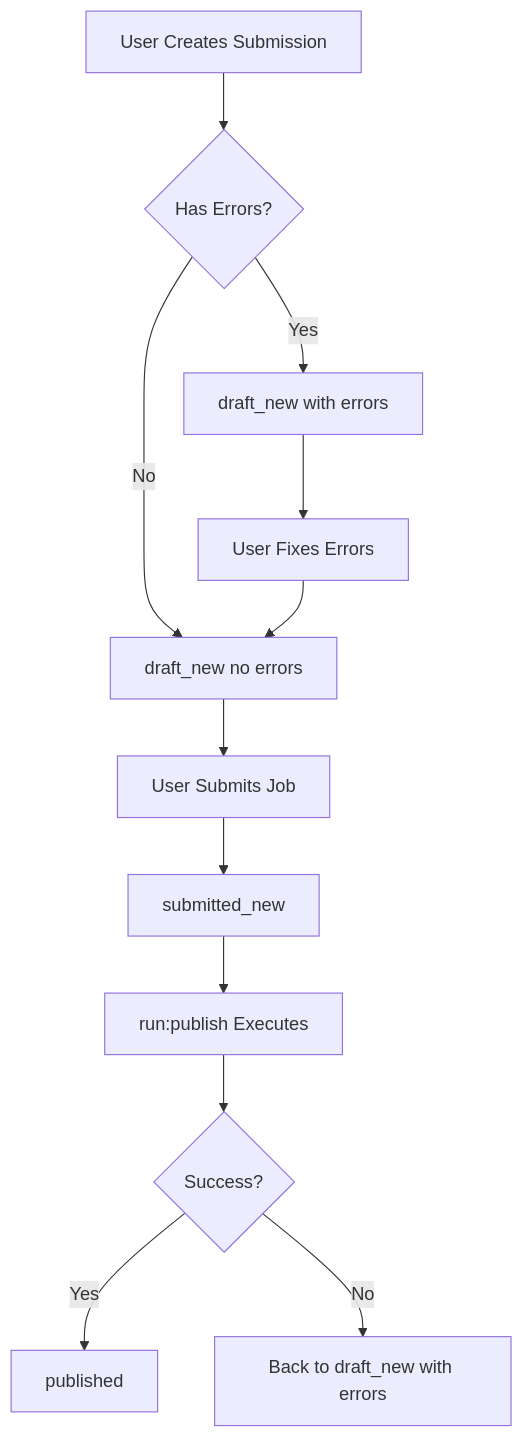
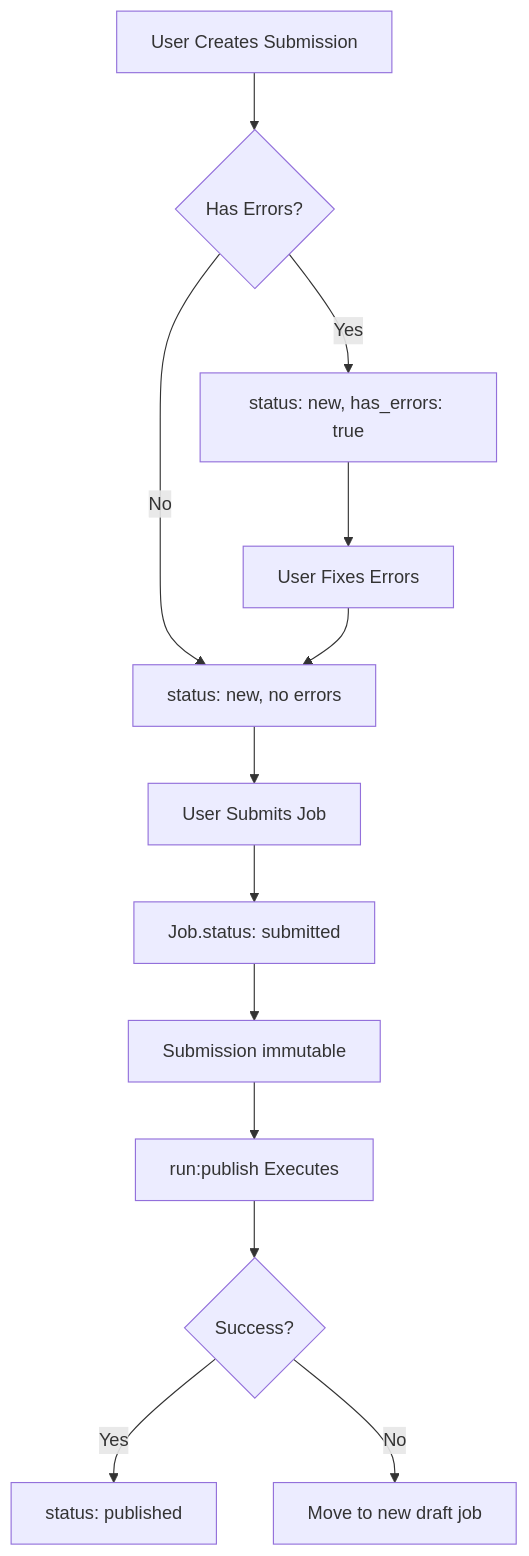
Before and after one commit to GeneCurationCoalition/gencc-sub: the eighth of 11 diagrams in docs/STATE_MODEL_DIAGRAMS.md, drawn with Mermaid. The commit also changed other lines of this file and 11 other files, not shown here.

````diff
--- a/docs/STATE_MODEL_DIAGRAMS.md
+++ b/docs/STATE_MODEL_DIAGRAMS.md
@@ -408,17 +379,18 @@
 ```mermaid
 flowchart TD
     A[User Creates Submission] --> B{Has Errors?}
-    B -->|Yes| C[draft_new with errors]
-    B -->|No| D[draft_new no errors]
+    B -->|Yes| C[status: new, has_errors: true]
+    B -->|No| D[status: new, no errors]
 
     C --> E[User Fixes Errors]
     E --> D
 
     D --> F[User Submits Job]
-    F --> G[submitted_new]
+    F --> G[Job.status: submitted]
+    G --> H[Submission immutable]
 
-    G --> H[run:publish Executes]
-    H --> I{Success?}
-    I -->|Yes| J[published]
-    I -->|No| K[Back to draft_new with errors]
+    H --> I[run:publish Executes]
+    I --> J{Success?}
+    J -->|Yes| K[status: published]
+    J -->|No| L[Move to new draft job]
 ```
````
